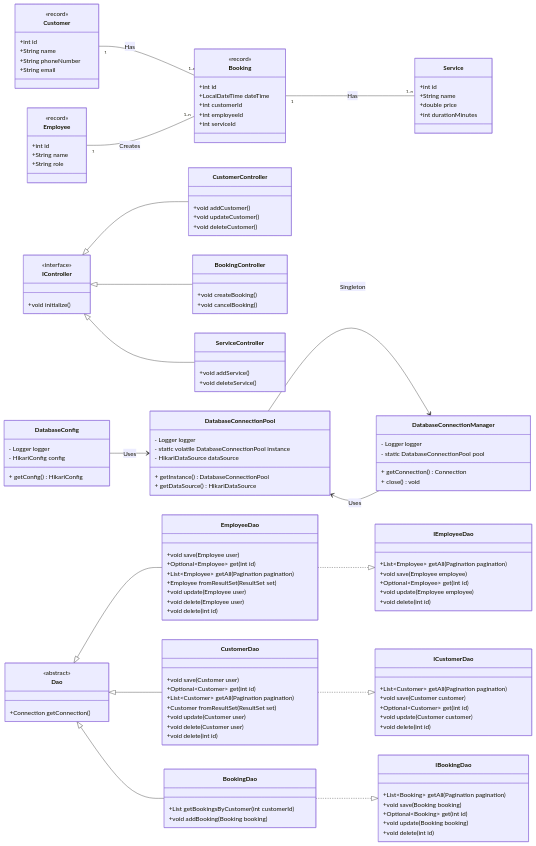
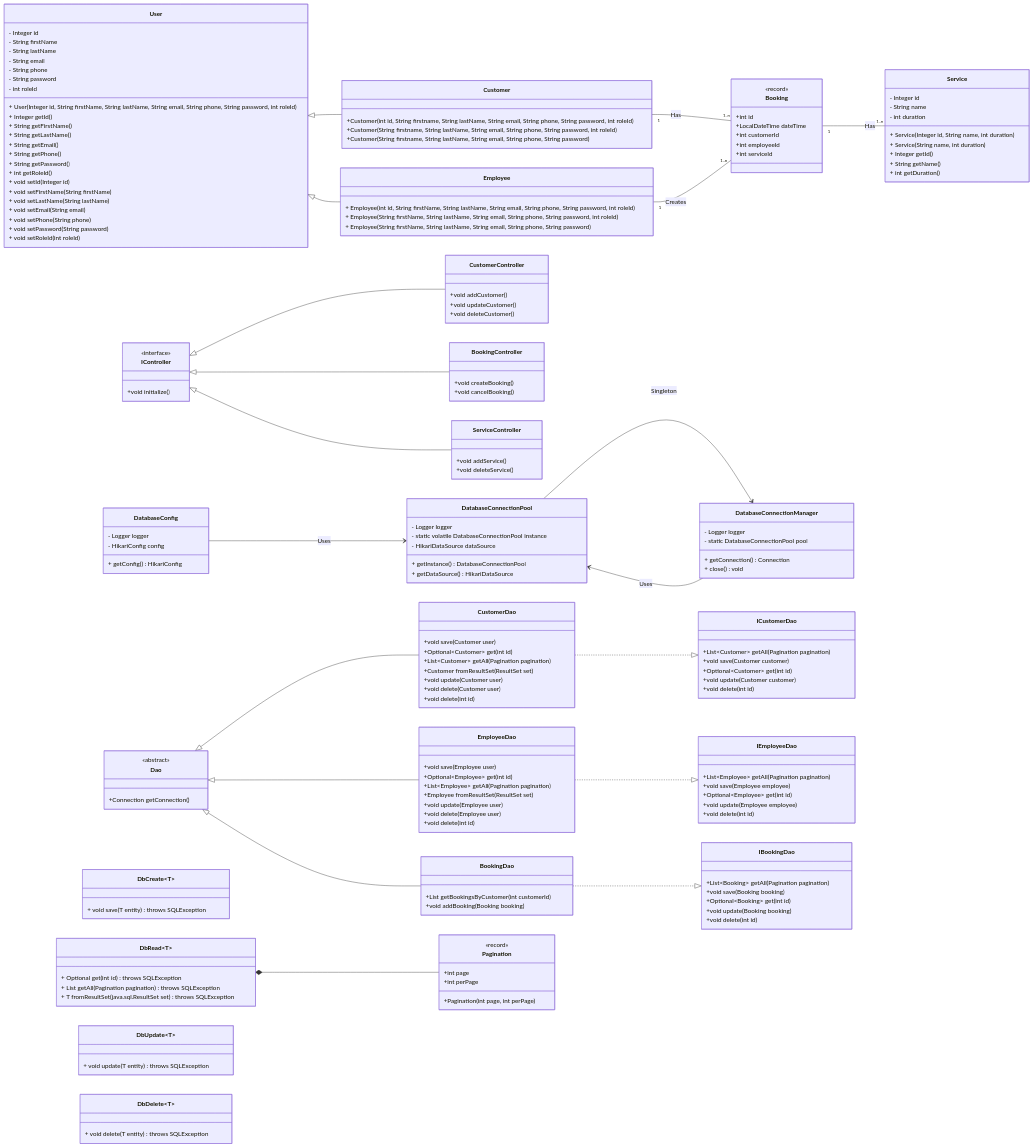
The diagram in assets/Diagrammer/klassediagram.md (zealand-cs/Haarmonika), drawn with Mermaid before and after one commit. The commit also changed 3 other files, not shown here.

Commit message:
Ændring af pagination, samt opfølgning på EmployeeDao og EmployeeController samt videre ændring af klassediagram

````diff
--- a/assets/Diagrammer/klassediagram.md
+++ b/assets/Diagrammer/klassediagram.md
@@ -1,20 +1,43 @@
 ```mermaid
 classDiagram
 direction LR
+    class User {
+        - Integer id
+        - String firstName
+        - String lastName
+        - String email
+        - String phone
+        - String password
+        - int roleId
 
+        + User(Integer id, String firstName, String lastName, String email, String phone, String password, int roleId)
+
+        + Integer getId()
+        + String getFirstName()
+        + String getLastName()
+        + String getEmail()
+        + String getPhone()
+        + String getPassword()
+        + int getRoleId()
+
+        + void setId(Integer id)
+        + void setFirstName(String firstName)
+        + void setLastName(String lastName)
+        + void setEmail(String email)
+        + void setPhone(String phone)
+        + void setPassword(String password)
+        + void setRoleId(int roleId)
+    }
     class Customer {
-        <<record>>
-        +int id
-        +String name
-        +String phoneNumber
-        +String email
+        +Customer(int id, String firstname, String lastName, String email, String phone, String password, int roleId)
+        +Customer(String firstname, String lastName, String email, String phone, String password, int roleId)
+        +Customer(String firstname, String lastName, String email, String phone, String password)
     }
 
     class Employee {
-        <<record>>
-        +int id
-        +String name
-        +String role
+        + Employee(int id, String firstName, String lastName, String email, String phone, String password, int roleId)
+        + Employee(String firstName, String lastName, String email, String phone, String password, int roleId)
+        + Employee(String firstName, String lastName, String email, String phone, String password)
     }
 
     class Booking {
@@ -27,10 +50,16 @@
     }
 
     class Service {
-        +int id
-        +String name
-        +double price
-        +int durationMinutes
+        - Integer id
+        - String name
+        - int duration
+
+        + Service(Integer id, String name, int duration)
+        + Service(String name, int duration)
+
+        + Integer getId()
+        + String getName()
+        + int getDuration()
     }
 
     class IController {
@@ -129,7 +158,31 @@
         +void update(Booking booking)
         +void delete(int id)
     }
+    
+    class DbCreate~T~ {
+        + void save(T entity) throws SQLException
+    }
 
+    class DbRead~T~ {
+        + Optional<T> get(int id) throws SQLException
+        + List<T> getAll(Pagination pagination) throws SQLException
+        + T fromResultSet(java.sql.ResultSet set) throws SQLException
+    }
+
+    class DbUpdate~T~ {
+        + void update(T entity) throws SQLException
+    }
+
+    class DbDelete~T~ {
+        + void delete(T entity) throws SQLException
+    }
+
+    class Pagination {
+        <<record>>
+        +int page
+        +int perPage
+        +Pagination(int page, int perPage)
+    }
     Customer "1" -- "1..n" Booking : Has
     Employee "1" -- "1..n" Booking : Creates
     Booking "1" -- "1..n" Service : Has
@@ -145,6 +198,8 @@
     CustomerDao ..|> ICustomerDao
     Dao <|-- BookingDao
     BookingDao ..|>IBookingDao
+    User <|-- Customer
+    User <|-- Employee
+    DbRead *-- Pagination
     
-
 ```
````
